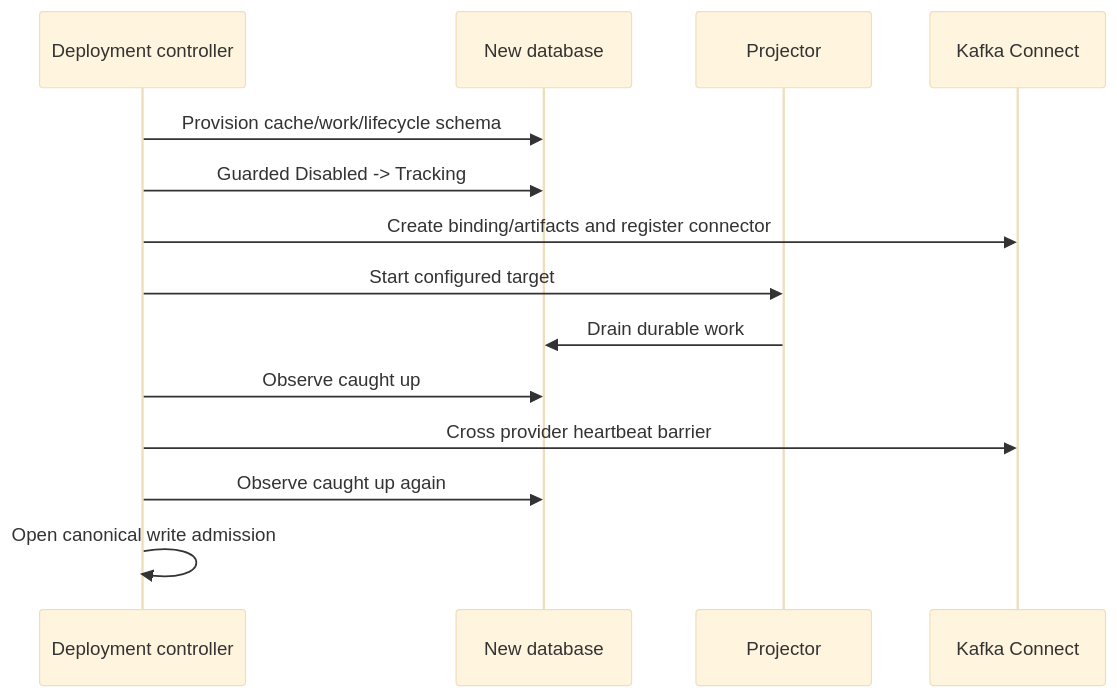
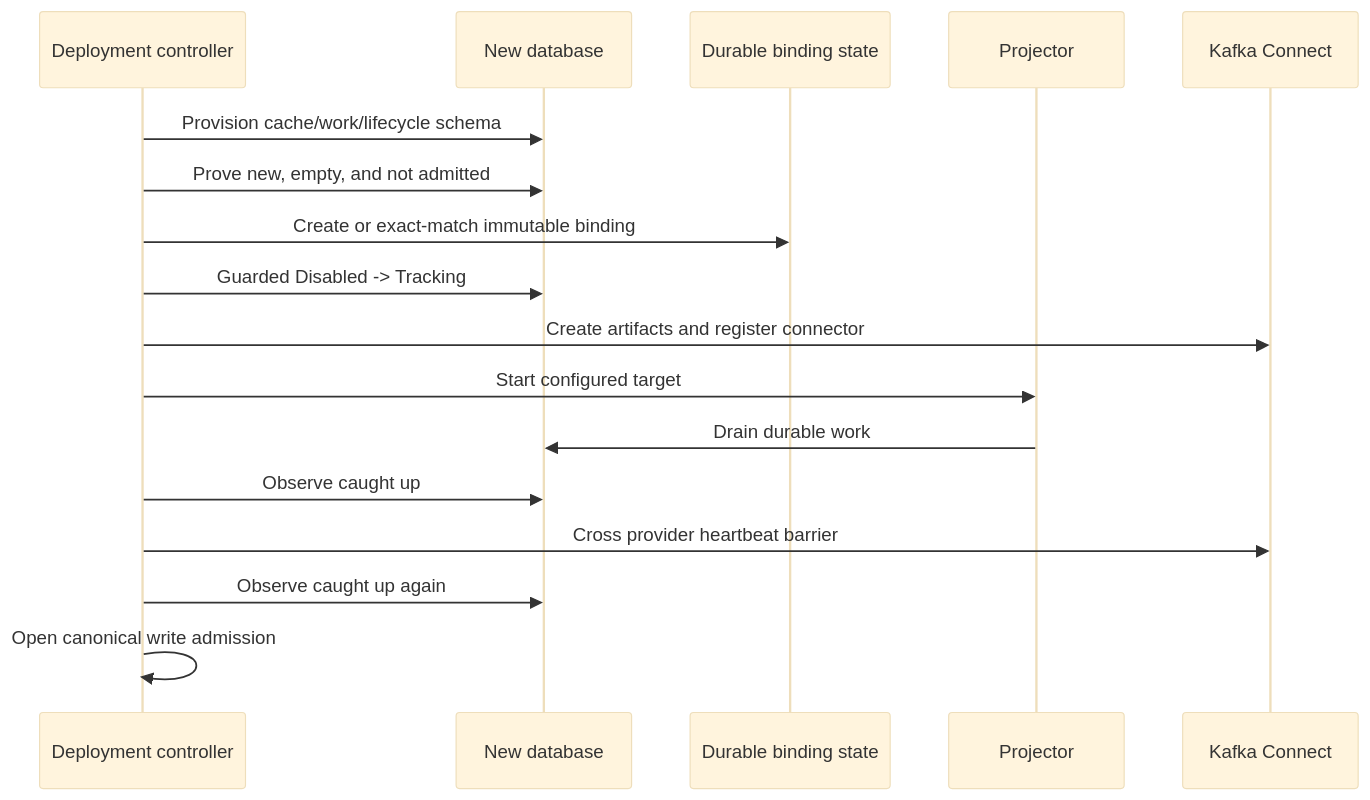
Before and after one commit to Ed-Fi-Alliance-OSS/Data-Management-Service: the fourth of 4 diagrams in PRESENTATION.md, drawn with Mermaid (base theme). The commit also changed other lines of this file and 19 other files, not shown here.

````diff
--- a/PRESENTATION.md
+++ b/PRESENTATION.md
@@ -430,17 +448,20 @@
 ```mermaid
 sequenceDiagram
     participant D as Deployment controller
     participant DB as New database
+    participant S as Durable binding state
     participant P as Projector
     participant K as Kafka Connect
 
     D->>DB: Provision cache/work/lifecycle schema
+    D->>DB: Prove new, empty, and not admitted
+    D->>S: Create or exact-match immutable binding
     D->>DB: Guarded Disabled -> Tracking
-    D->>K: Create binding/artifacts and register connector
+    D->>K: Create artifacts and register connector
     D->>P: Start configured target
     P->>DB: Drain durable work
     D->>DB: Observe caught up
     D->>K: Cross provider heartbeat barrier
     D->>DB: Observe caught up again
     D->>D: Open canonical write admission
 ```
````
